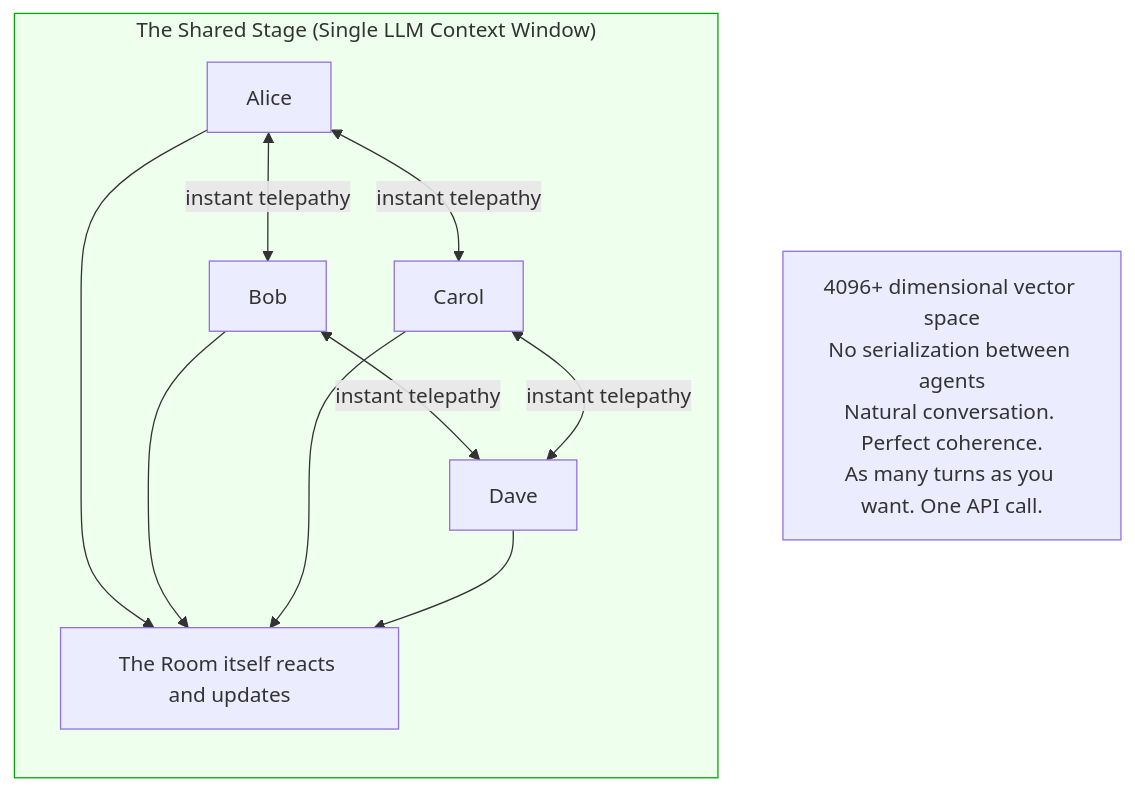
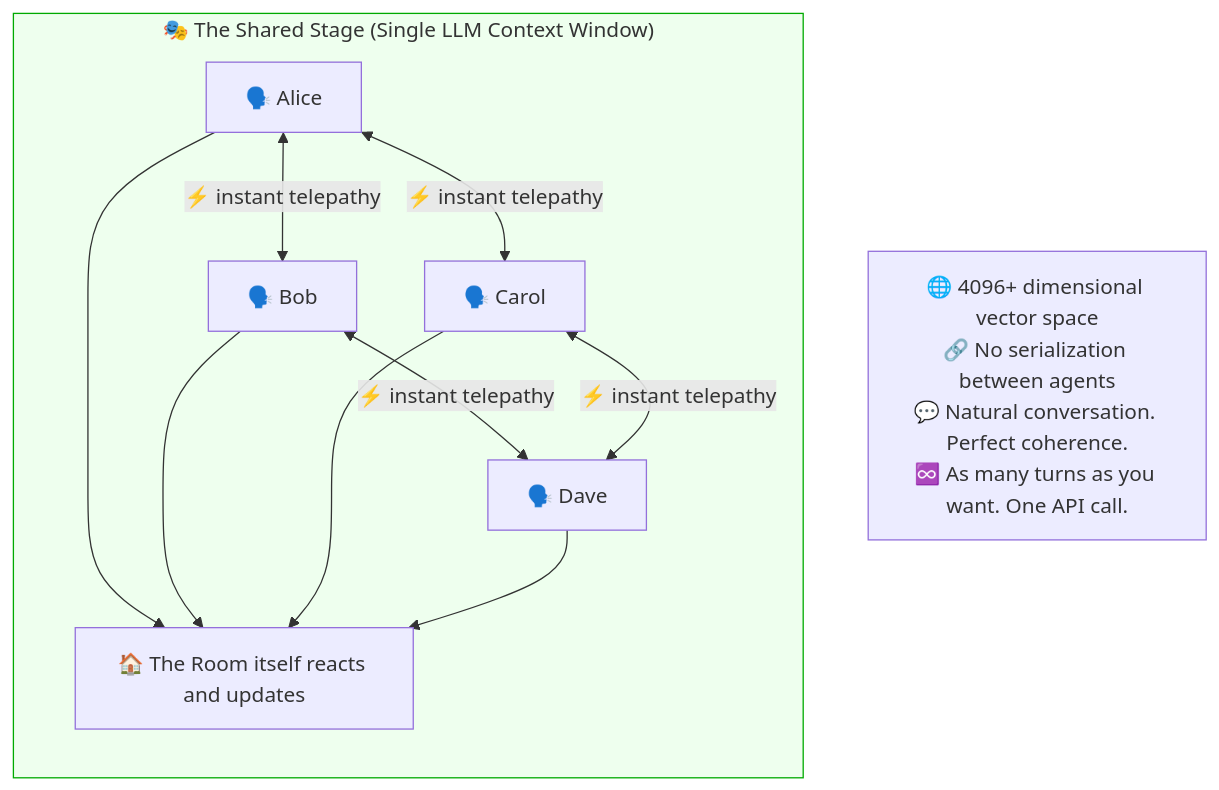
The second of 6 diagrams in designs/SPEED-OF-LIGHT-VS-CARRIER-PIGEON.md (SimHacker/moollm), drawn with Mermaid before and after one commit. The commit also changed other lines of this file, not shown here.

First line of the commit message:
Add emojis to mermaid diagrams for visual spice

````diff
--- a/designs/SPEED-OF-LIGHT-VS-CARRIER-PIGEON.md
+++ b/designs/SPEED-OF-LIGHT-VS-CARRIER-PIGEON.md
@@ -63,19 +63,19 @@
 ```mermaid
 flowchart TB
-    subgraph Stage["The Shared Stage (Single LLM Context Window)"]
+    subgraph Stage["🎭 The Shared Stage (Single LLM Context Window)"]
         direction TB
-        Alice <-->|instant telepathy| Bob
-        Alice <-->|instant telepathy| Carol
-        Bob <-->|instant telepathy| Dave
-        Carol <-->|instant telepathy| Dave
-        Room[The Room itself reacts and updates]
+        Alice["🗣️ Alice"] <-->|"⚡ instant telepathy"| Bob["🗣️ Bob"]
+        Alice <-->|"⚡ instant telepathy"| Carol["🗣️ Carol"]
+        Bob <-->|"⚡ instant telepathy"| Dave["🗣️ Dave"]
+        Carol <-->|"⚡ instant telepathy"| Dave
+        Room["🏠 The Room itself reacts and updates"]
         Alice --> Room
         Bob --> Room
         Carol --> Room
         Dave --> Room
     end
     
-    Note1["4096+ dimensional vector space<br/>No serialization between agents<br/>Natural conversation. Perfect coherence.<br/>As many turns as you want. One API call."]
+    Note1["🌐 4096+ dimensional vector space<br/>🔗 No serialization between agents<br/>💬 Natural conversation. Perfect coherence.<br/>♾️ As many turns as you want. One API call."]
     
     style Stage fill:#efe,stroke:#0a0
 ```
````
